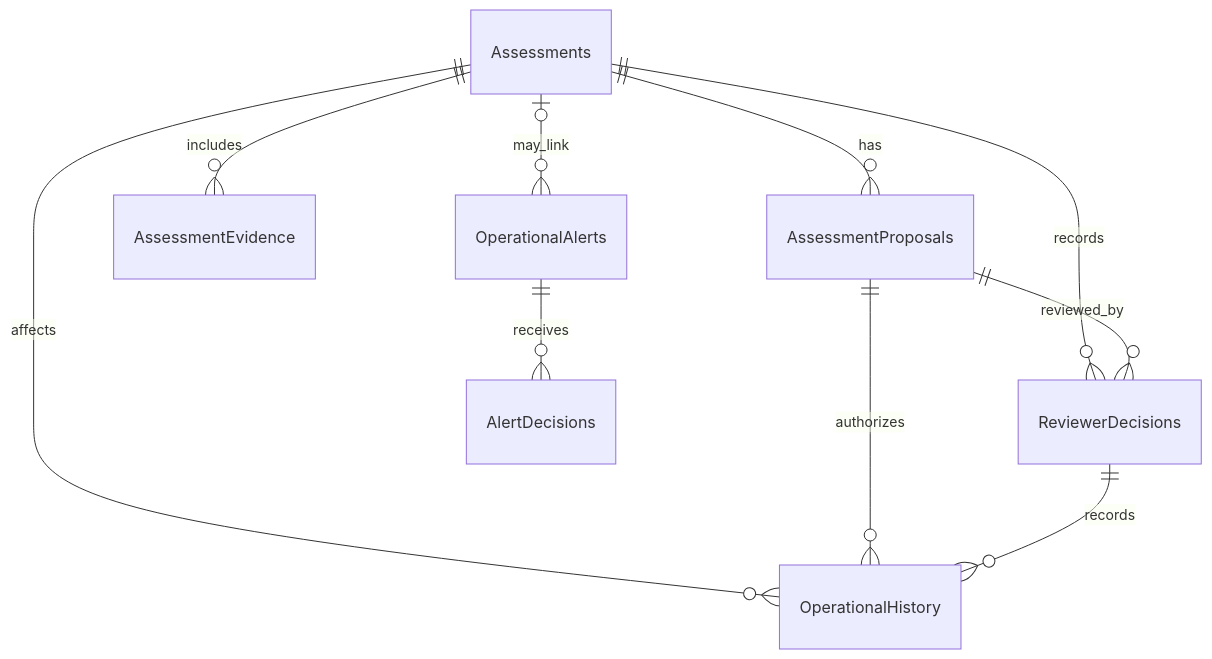
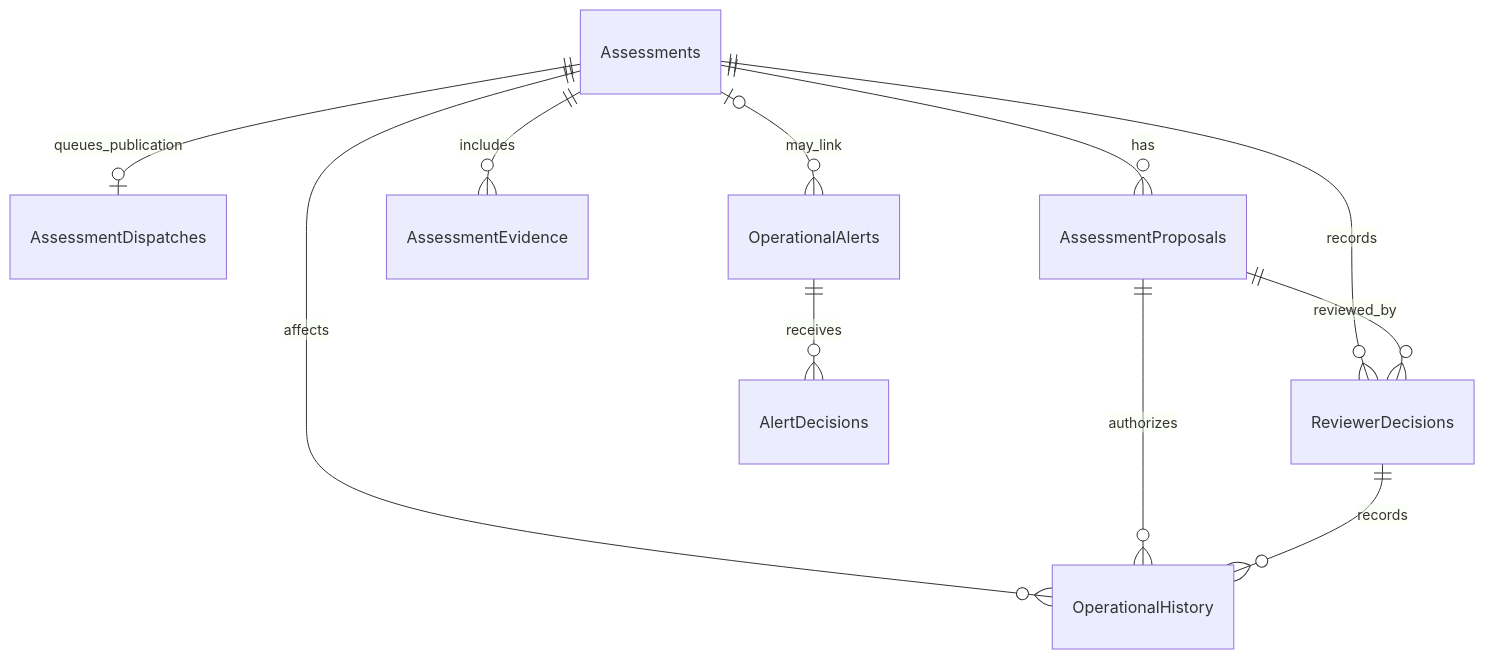
The diagram in docs/database/schema.md (WKS2004/BLUEVERSE), drawn with Mermaid before and after one commit. The commit also changed other lines of this file and 122 other files, not shown here.

````diff
--- a/docs/database/schema.md
+++ b/docs/database/schema.md
@@ -44,12 +83,13 @@
 ```mermaid
 erDiagram
+    Assessments ||--o| AssessmentDispatches : queues_publication
     Assessments ||--o{ AssessmentProposals : has
     Assessments ||--o{ AssessmentEvidence : includes
     Assessments ||--o{ ReviewerDecisions : records
     AssessmentProposals ||--o{ ReviewerDecisions : reviewed_by
     Assessments ||--o{ OperationalHistory : affects
     AssessmentProposals ||--o{ OperationalHistory : authorizes
     ReviewerDecisions ||--o{ OperationalHistory : records
     Assessments o|--o{ OperationalAlerts : may_link
     OperationalAlerts ||--o{ AlertDecisions : receives
 ```
````
